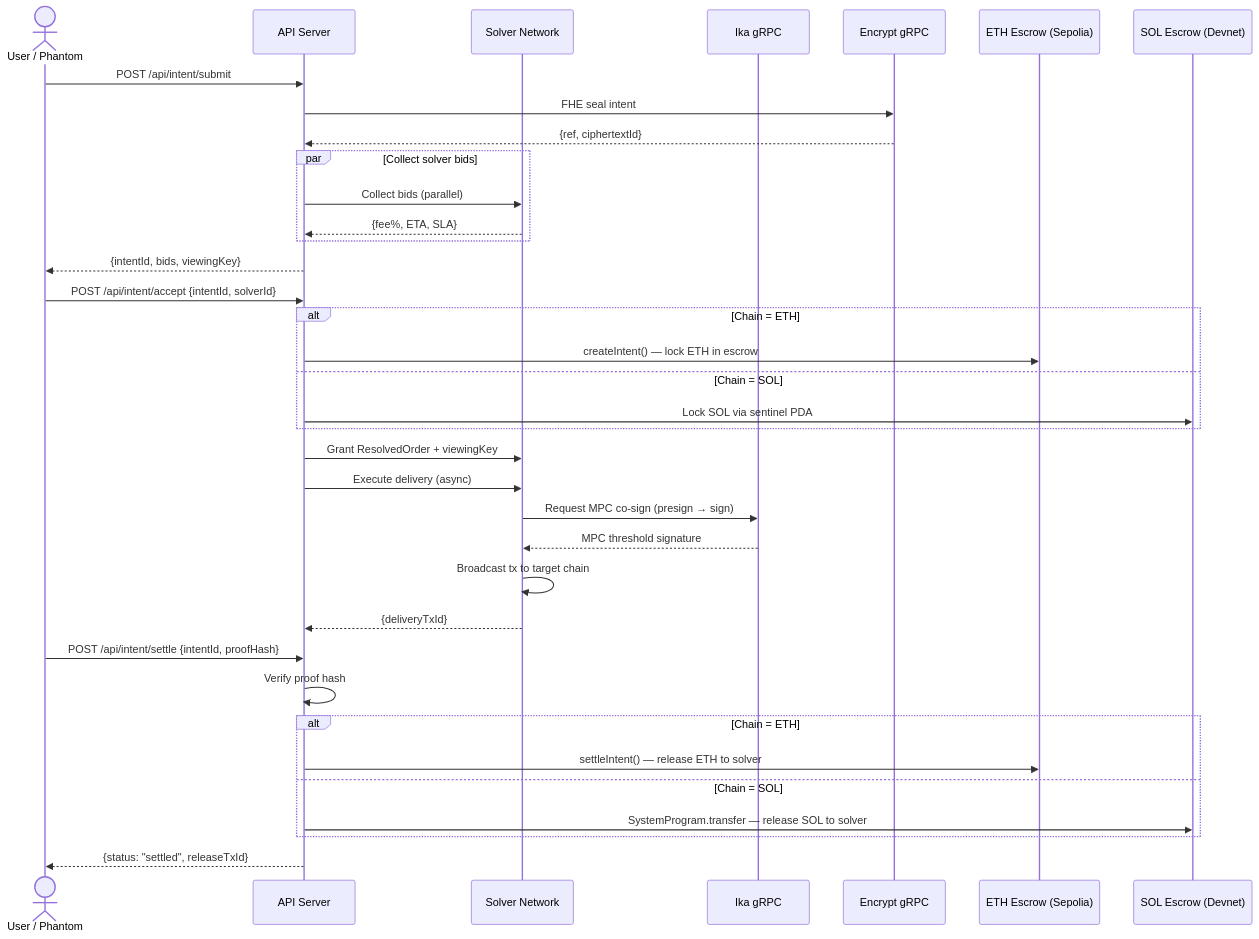
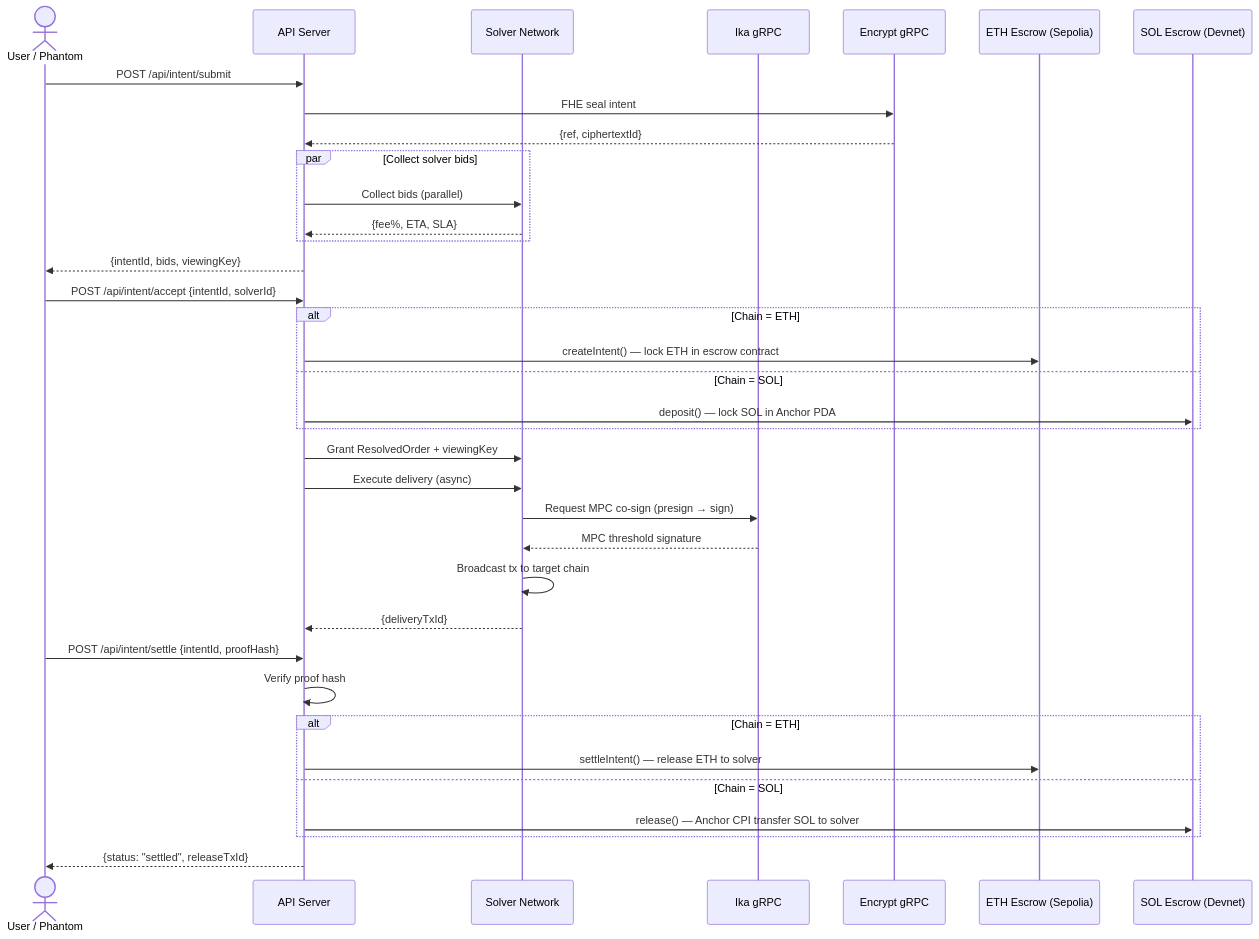
Before and after one commit to antidumpalways/Privateintent: the first of 6 diagrams in README.md, drawn with Mermaid. The commit also changed other lines of this file and 5 other files, not shown here.

Commit message:
feat: add Solana Anchor native escrow program (artifacts/sol-escrow) + update README with program details, deployment guide, and PDA layout

````diff
--- a/README.md
+++ b/README.md
@@ -144,46 +190,46 @@
 ```mermaid
 sequenceDiagram
     actor User as User / Phantom
     participant API as API Server
     participant Solvers as Solver Network
     participant Ika as Ika gRPC
     participant Encrypt as Encrypt gRPC
     participant ETH as ETH Escrow (Sepolia)
     participant SOL as SOL Escrow (Devnet)
 
     User->>API: POST /api/intent/submit
     API->>Encrypt: FHE seal intent
     Encrypt-->>API: {ref, ciphertextId}
     
     par Collect solver bids
         API->>Solvers: Collect bids (parallel)
         Solvers-->>API: {fee%, ETA, SLA}
     end
     
     API-->>User: {intentId, bids, viewingKey}
     
     User->>API: POST /api/intent/accept {intentId, solverId}
     alt Chain = ETH
-        API->>ETH: createIntent() — lock ETH in escrow
+        API->>ETH: createIntent() — lock ETH in escrow contract
     else Chain = SOL
-        API->>SOL: Lock SOL via sentinel PDA
+        API->>SOL: deposit() — lock SOL in Anchor PDA
     end
     API->>Solvers: Grant ResolvedOrder + viewingKey
     
     API->>Solvers: Execute delivery (async)
     Solvers->>Ika: Request MPC co-sign (presign → sign)
     Ika-->>Solvers: MPC threshold signature
     Solvers->>Solvers: Broadcast tx to target chain
     Solvers-->>API: {deliveryTxId}
     
     User->>API: POST /api/intent/settle {intentId, proofHash}
     API->>API: Verify proof hash
     
     alt Chain = ETH
         API->>ETH: settleIntent() — release ETH to solver
     else Chain = SOL
-        API->>SOL: SystemProgram.transfer — release SOL to solver
+        API->>SOL: release() — Anchor CPI transfer SOL to solver
     end
     
     API-->>User: {status: "settled", releaseTxId}
 ```
````
